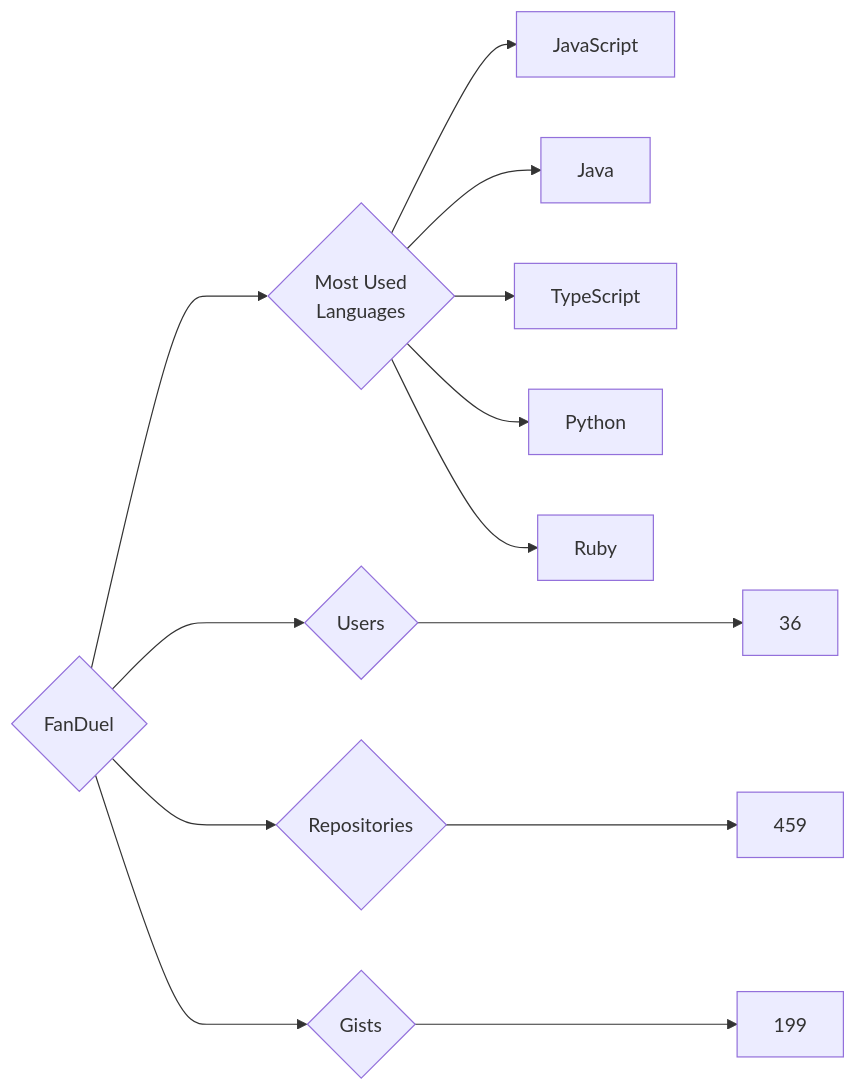
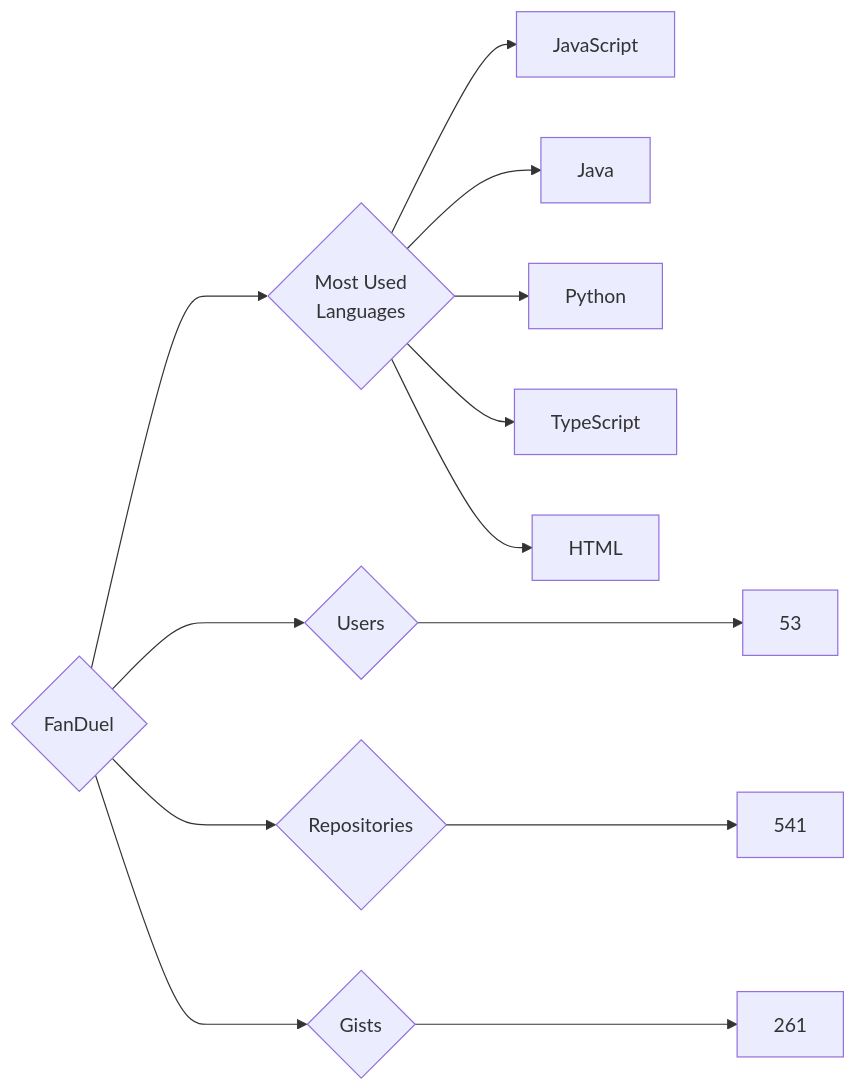
The diagram in targets/FanDuel/README.md (trickest/insiders), drawn with Mermaid before and after one commit. The commit also changed 895 other files, not shown here.

````diff
--- a/targets/FanDuel/README.md
+++ b/targets/FanDuel/README.md
@@ -3,13 +3,13 @@
 ```mermaid
 graph LR
 COMPANY_NAME{FanDuel}
-COMPANY_NAME ---> U{Users} ---> UN[36]
-COMPANY_NAME ---> R{Repositories} ---> RN[459]
-COMPANY_NAME ---> G{Gists} ---> GN[199]
+COMPANY_NAME ---> U{Users} ---> UN[53]
+COMPANY_NAME ---> R{Repositories} ---> RN[541]
+COMPANY_NAME ---> G{Gists} ---> GN[261]
 COMPANY_NAME ---> ML{Most Used<br>Languages}
 ML --> JavaScript[JavaScript]
 ML --> Java[Java]
+ML --> Python[Python]
 ML --> TypeScript[TypeScript]
-ML --> Python[Python]
-ML --> Ruby[Ruby]
+ML --> HTML[HTML]
 ```
````
